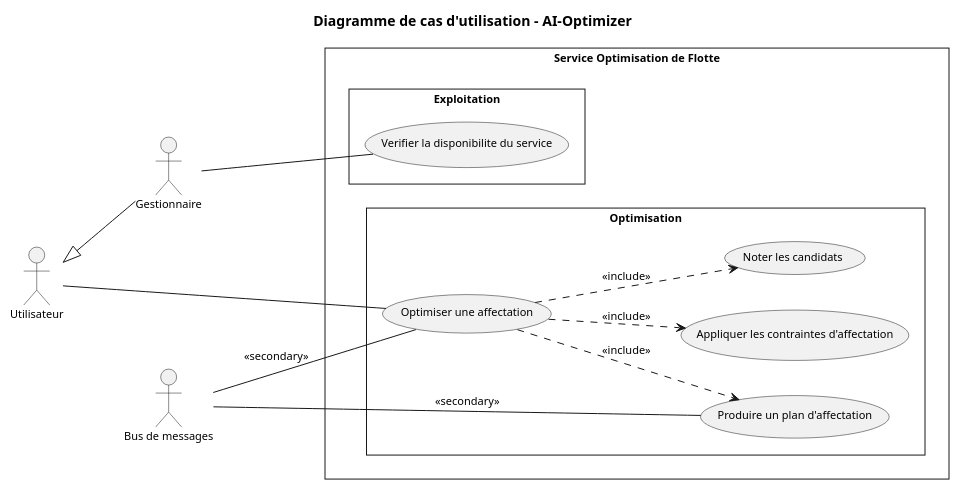
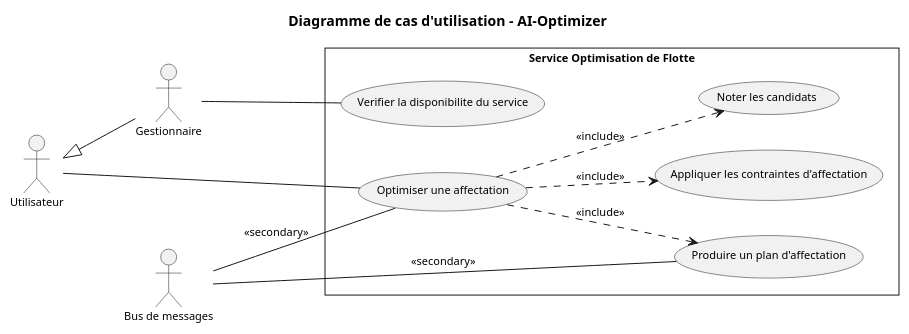
The diagram in docs/diagrams/microservices/AI-Optimizer/AI-Optimizer-usecase.puml (saber-barhoumi/Xpark-gmao), drawn with PlantUML before and after one commit. The commit also changed 37 other files, not shown here.

```diff
--- a/docs/diagrams/microservices/AI-Optimizer/AI-Optimizer-usecase.puml
+++ b/docs/diagrams/microservices/AI-Optimizer/AI-Optimizer-usecase.puml
@@ -1,44 +1,40 @@
 @startuml
 skinparam style strictuml
 skinparam packageStyle rectangle
 skinparam shadowing false
 skinparam defaultFontName Verdana
 skinparam defaultFontSize 11
 skinparam backgroundColor #FFFFFF
 left to right direction
 
 title Diagramme de cas d'utilisation - AI-Optimizer
 
 ' Acteurs principaux (a gauche)
 actor "Utilisateur" as Utilisateur
 actor "Gestionnaire" as Gestionnaire
 
 Utilisateur <|-- Gestionnaire
 
 rectangle "Service Optimisation de Flotte" {
-  package "Optimisation" {
-    usecase "Optimiser une affectation" as UC_Optimiser_une_affectation
-    usecase "Appliquer les contraintes d'affectation" as UC_Appliquer_les_contraintes_d_affect
-    usecase "Noter les candidats" as UC_Noter_les_candidats
-    usecase "Produire un plan d'affectation" as UC_Produire_un_plan_d_affectation
-  }
-  package "Exploitation" {
-    usecase "Verifier la disponibilite du service" as UC_Verifier_la_disponibilite_du_servi
-  }
+  usecase "Optimiser une affectation" as UC_Optimiser_une_affectation
+  usecase "Appliquer les contraintes d'affectation" as UC_Appliquer_les_contraintes_d_affect
+  usecase "Noter les candidats" as UC_Noter_les_candidats
+  usecase "Produire un plan d'affectation" as UC_Produire_un_plan_d_affectation
+  usecase "Verifier la disponibilite du service" as UC_Verifier_la_disponibilite_du_servi
 }
 
 ' Acteurs secondaires (a droite, hors frontiere)
 actor "Bus de messages" as Bus
 
 ' Associations : trait continu sans fleche (UML : relation d'association)
 Utilisateur -- UC_Optimiser_une_affectation
 Gestionnaire -- UC_Verifier_la_disponibilite_du_servi
 
 Bus -- UC_Optimiser_une_affectation : << secondary >>
 Bus -- UC_Produire_un_plan_d_affectation : << secondary >>
 
 UC_Optimiser_une_affectation ..> UC_Appliquer_les_contraintes_d_affect : << include >>
 UC_Optimiser_une_affectation ..> UC_Noter_les_candidats : << include >>
 UC_Optimiser_une_affectation ..> UC_Produire_un_plan_d_affectation : << include >>
 
 @enduml
```
